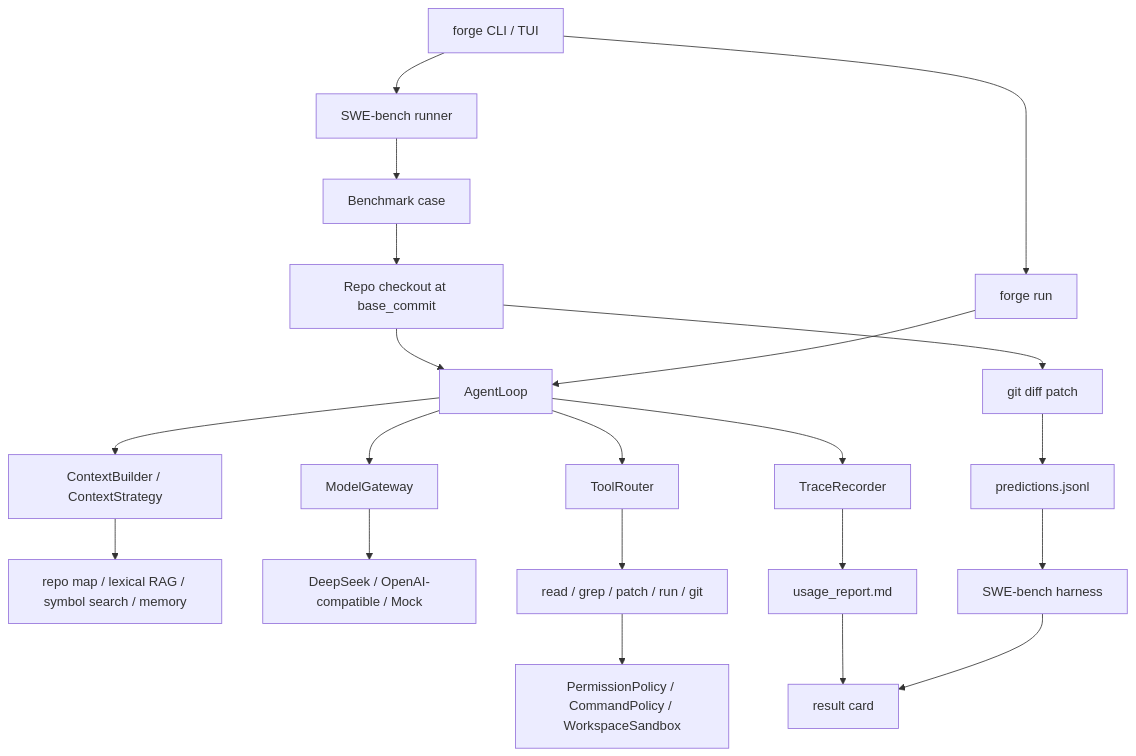
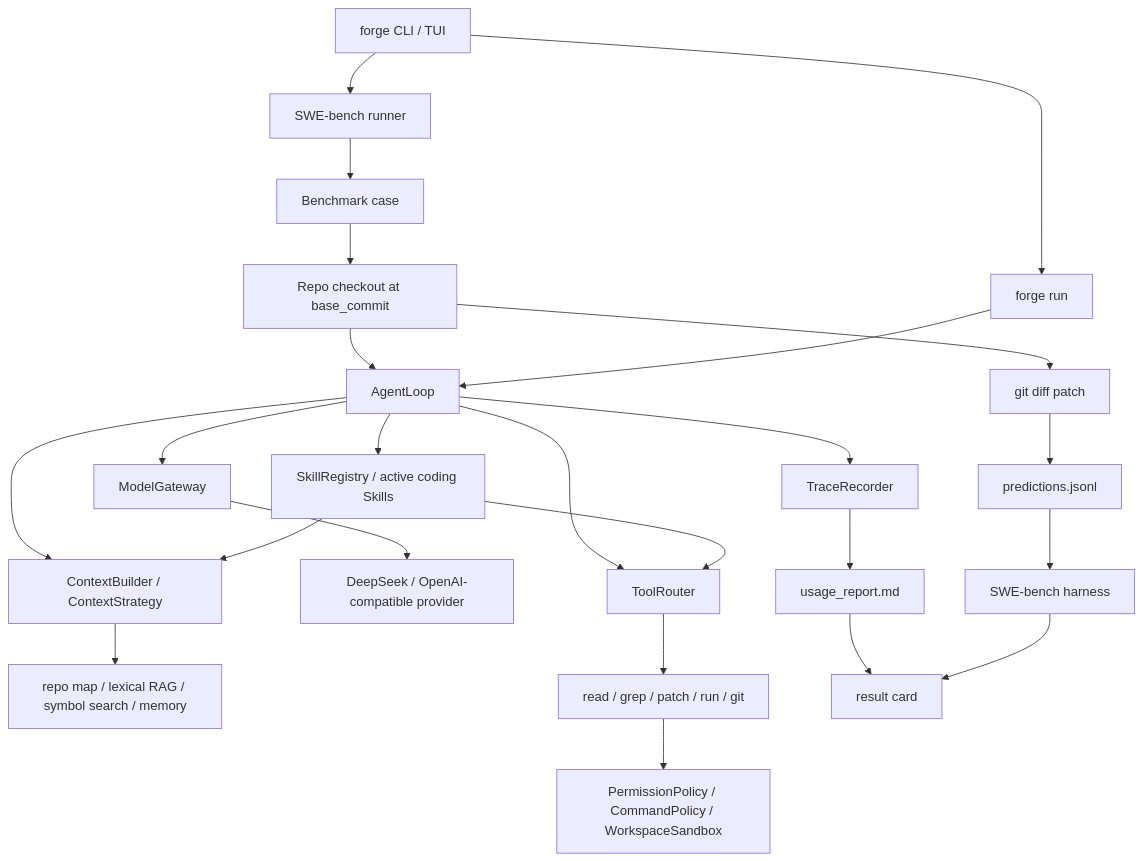
Before and after one commit to semi-hollow/NanoHarness: the diagram in README.md, drawn with Mermaid. The commit also changed other lines of this file and 44 other files, not shown here.

````diff
--- a/README.md
+++ b/README.md
@@ -195,23 +226,26 @@
 ```mermaid
 flowchart TD
     CLI["forge CLI / TUI"] --> Bench["SWE-bench runner"]
     Bench --> Case["Benchmark case"]
     Case --> Checkout["Repo checkout at base_commit"]
     CLI --> Run["forge run"]
     Checkout --> Loop["AgentLoop"]
     Run --> Loop
     Loop --> Context["ContextBuilder / ContextStrategy"]
     Context --> Retrieval["repo map / lexical RAG / symbol search / memory"]
     Loop --> Gateway["ModelGateway"]
-    Gateway --> LLM["DeepSeek / OpenAI-compatible / Mock"]
+    Gateway --> LLM["DeepSeek / OpenAI-compatible provider"]
+    Loop --> Skills["SkillRegistry / active coding Skills"]
     Loop --> Router["ToolRouter"]
+    Skills --> Router
+    Skills --> Context
     Router --> Tools["read / grep / patch / run / git"]
     Tools --> Safety["PermissionPolicy / CommandPolicy / WorkspaceSandbox"]
     Loop --> Trace["TraceRecorder"]
     Trace --> Usage["usage_report.md"]
     Checkout --> Patch["git diff patch"]
     Patch --> Predictions["predictions.jsonl"]
     Predictions --> Eval["SWE-bench harness"]
     Usage --> Report["result card"]
     Eval --> Report
 ```
````
